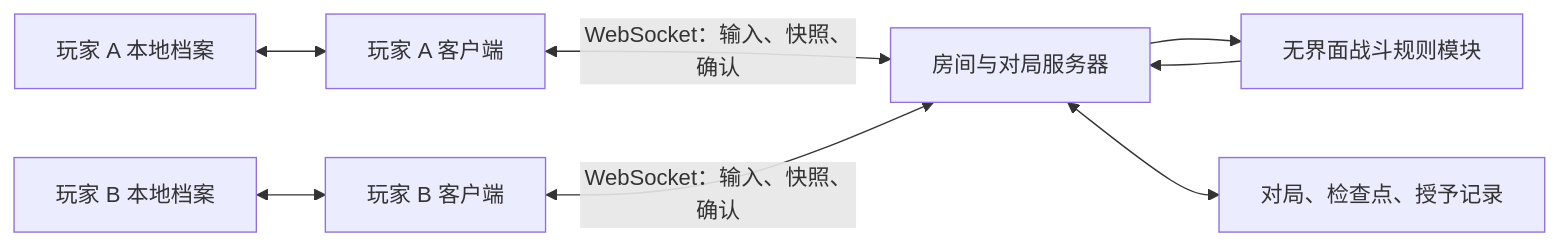
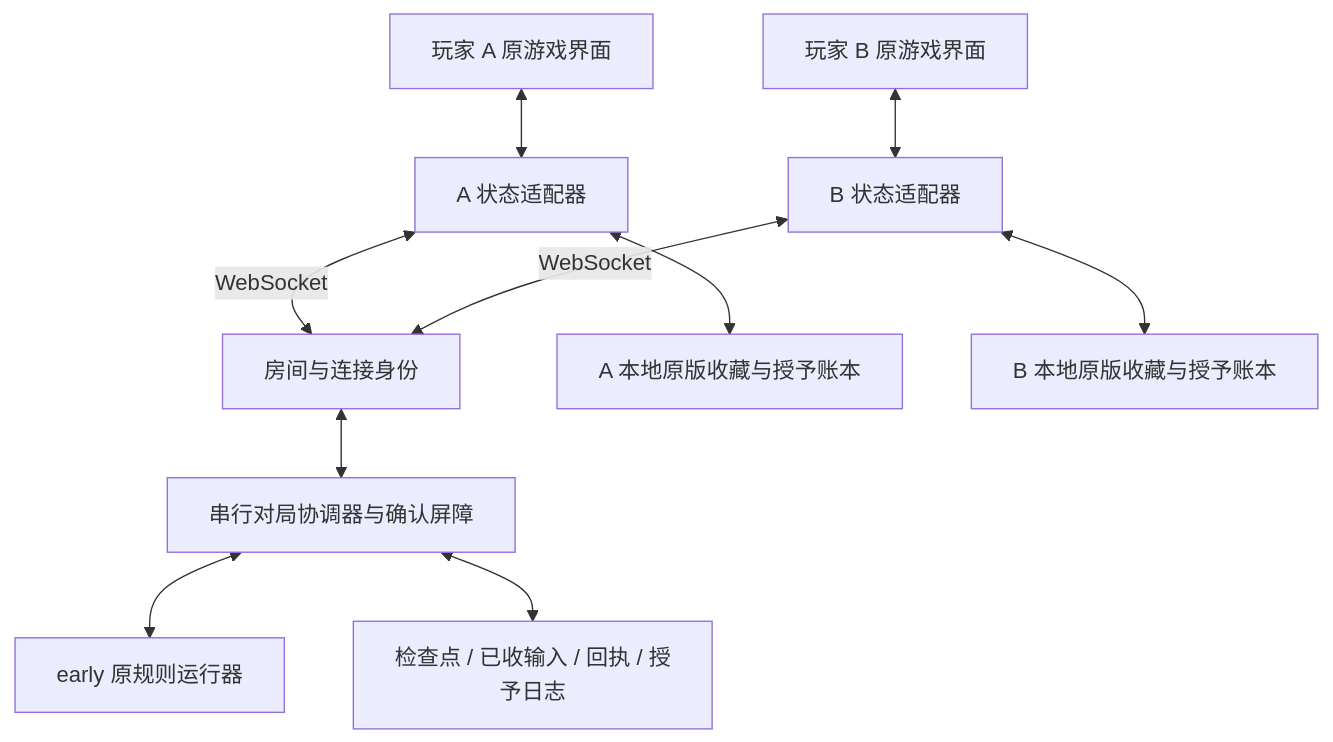
One commit to northstreet01/pokerogue-early changed the diagram in docs/coop-architecture-2026-10-13.md. Above: the diagram before and after it, drawn with Mermaid. The commit also changed other lines of this file and 5 other files, not shown here.

Commit message:
docs: define coop interfaces, module roadmap and development handoff

````diff
--- a/docs/coop-architecture-2026-10-13.md
+++ b/docs/coop-architecture-2026-10-13.md
@@ -15,10 +13,12 @@
 ```mermaid
-flowchart LR
-  LA[玩家 A 本地档案] <--> CA[玩家 A 客户端]
-  LB[玩家 B 本地档案] <--> CB[玩家 B 客户端]
-  CA <-->|WebSocket：输入、快照、确认| S[房间与对局服务器]
-  CB <-->|WebSocket：输入、快照、确认| S
-  S --> E[无界面战斗规则模块]
-  S <--> D[对局、检查点、授予记录]
-  E --> S
+flowchart TB
+  A[玩家 A 原游戏界面] <--> CA[A 状态适配器]
+  B[玩家 B 原游戏界面] <--> CB[B 状态适配器]
+  CA <-->|WebSocket| R[房间与连接身份]
+  CB <-->|WebSocket| R
+  R <--> Q[串行对局协调器与确认屏障]
+  Q <--> E[early 原规则运行器]
+  Q <--> D[检查点 / 已收输入 / 回执 / 授予日志]
+  CA <--> LA[A 本地原版收藏与授予账本]
+  CB <--> LB[B 本地原版收藏与授予账本]
 ```
````
